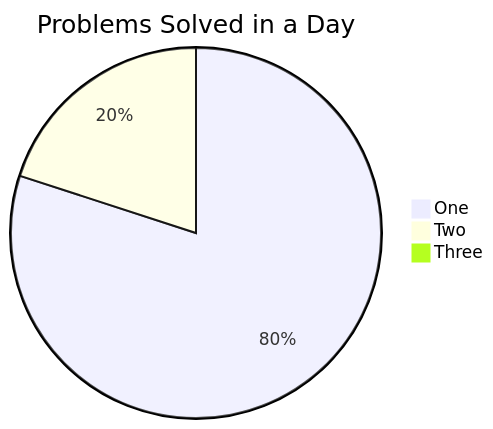
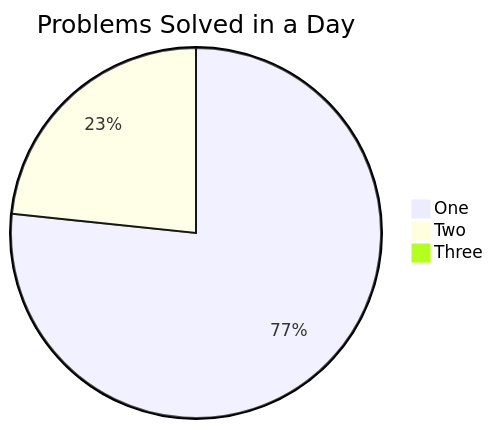
Before and after one commit to Jasjeet-Singh-S/100-days-DSA: the second of 2 diagrams in readme.md, drawn with Mermaid. The commit also changed other lines of this file and 1 other file, not shown here.

Commit message:
day_028 desc fix

````diff
--- a/readme.md
+++ b/readme.md
@@ -25,6 +25,6 @@
 ```mermaid
 pie title Problems Solved in a Day
-    "One" : 24
-    "Two" : 6
+    "One" : 23
+    "Two" : 7
     "Three" : 0
 ```
````
